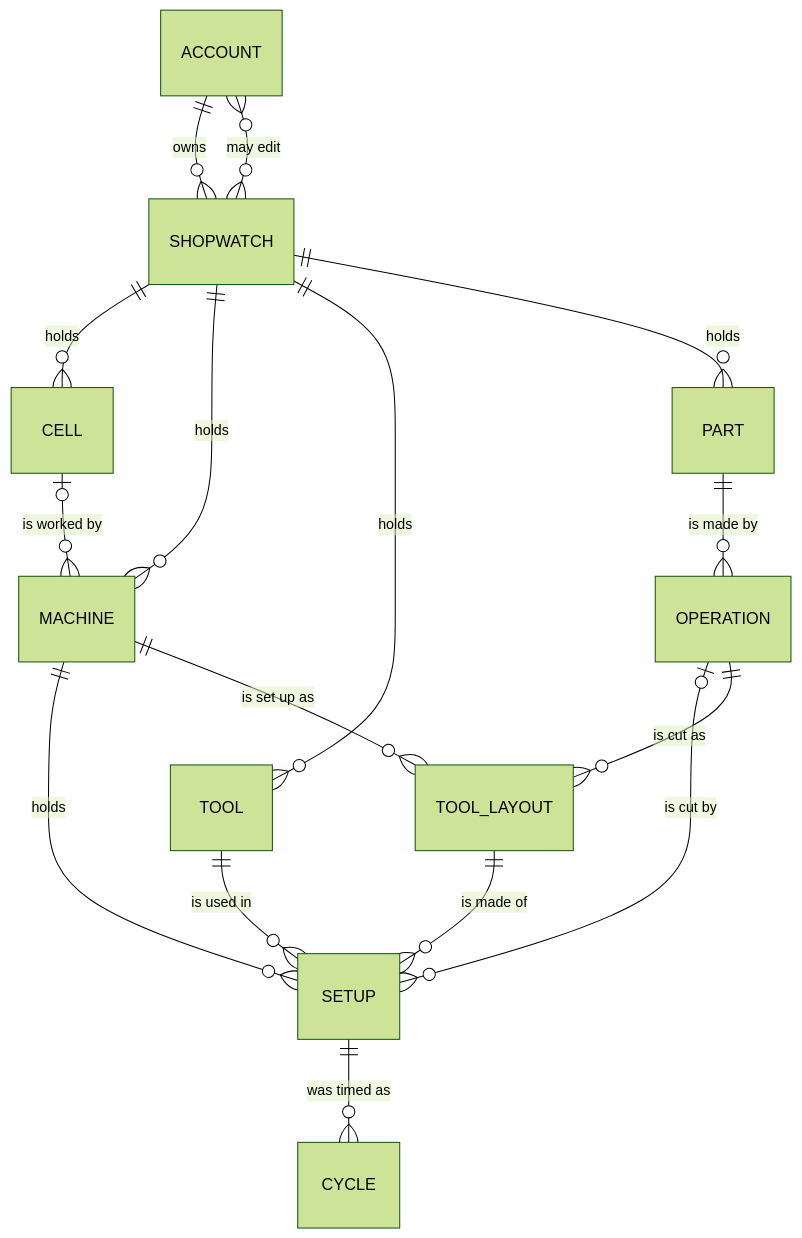
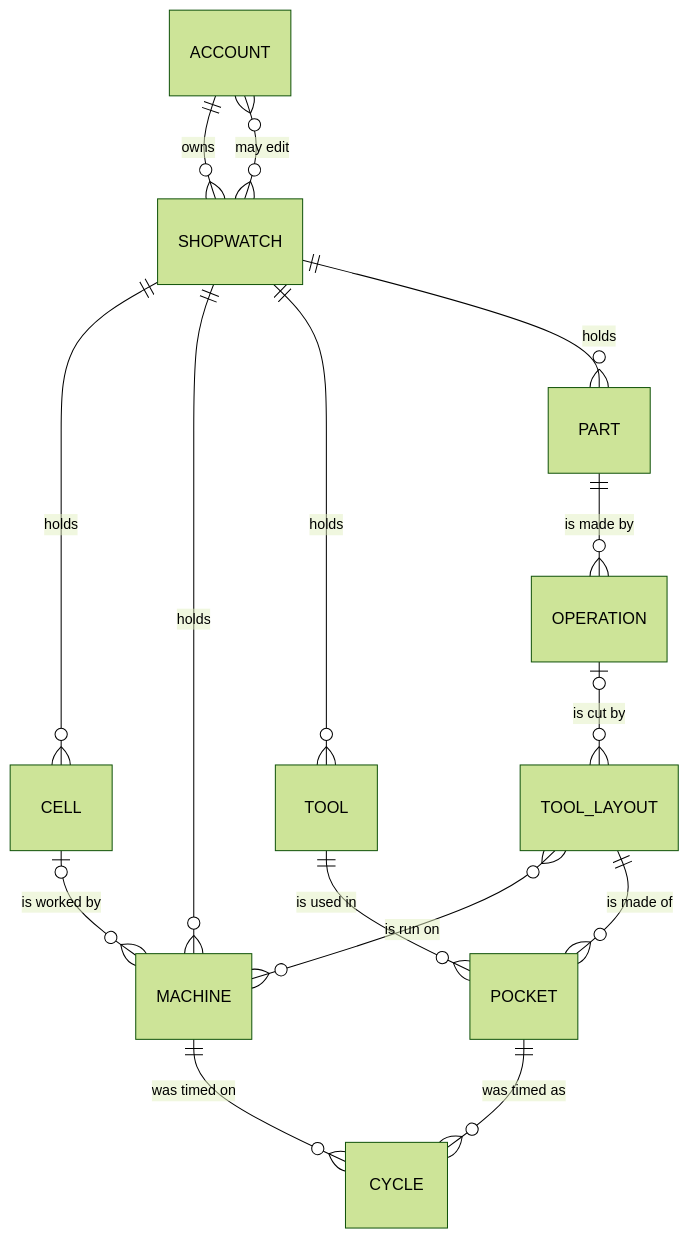
The diagram in plugin-packages/manufacturing/README.md (rwaynewhite15/MindMap3D), drawn with Mermaid (forest theme) before and after one commit. The commit also changed other lines of this file and 5 other files, not shown here.

````diff
--- a/plugin-packages/manufacturing/README.md
+++ b/plugin-packages/manufacturing/README.md
@@ -689,18 +689,17 @@
 ```mermaid
 erDiagram
     ACCOUNT     ||--o{ SHOPWATCH   : owns
     ACCOUNT     }o--o{ SHOPWATCH   : "may edit"
     SHOPWATCH   ||--o{ CELL        : holds
     CELL        |o--o{ MACHINE     : "is worked by"
     SHOPWATCH   ||--o{ MACHINE     : holds
     SHOPWATCH   ||--o{ TOOL        : holds
     SHOPWATCH   ||--o{ PART        : holds
     PART        ||--o{ OPERATION   : "is made by"
-    OPERATION   |o--o{ SETUP       : "is cut by"
-    MACHINE     ||--o{ SETUP       : "holds"
-    TOOL        ||--o{ SETUP       : "is used in"
-    SETUP       ||--o{ CYCLE       : "was timed as"
-    MACHINE     ||--o{ TOOL_LAYOUT : "is set up as"
-    OPERATION   ||--o{ TOOL_LAYOUT : "is cut as"
-    TOOL_LAYOUT ||--o{ SETUP       : "is made of"
+    OPERATION   |o--o{ TOOL_LAYOUT : "is cut by"
+    TOOL_LAYOUT }o--o{ MACHINE     : "is run on"
+    TOOL_LAYOUT ||--o{ POCKET      : "is made of"
+    TOOL        ||--o{ POCKET      : "is used in"
+    POCKET      ||--o{ CYCLE       : "was timed as"
+    MACHINE     ||--o{ CYCLE       : "was timed on"
 ```
````
